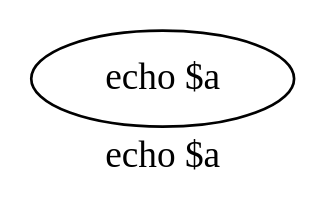
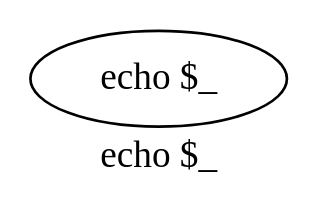
Before and after one commit to YeGoRenji/minishell-1337: the diagram in tree.dot, drawn with Graphviz. The commit also changed 4 other files, not shown here.

```diff
--- a/tree.dot
+++ b/tree.dot
@@ -1,4 +1,4 @@
 digraph yep {
-	label="echo $a"
-	n0[label="echo $a "];
+	label="echo $_"
+	n0[label="echo $_ "];
 }
```
